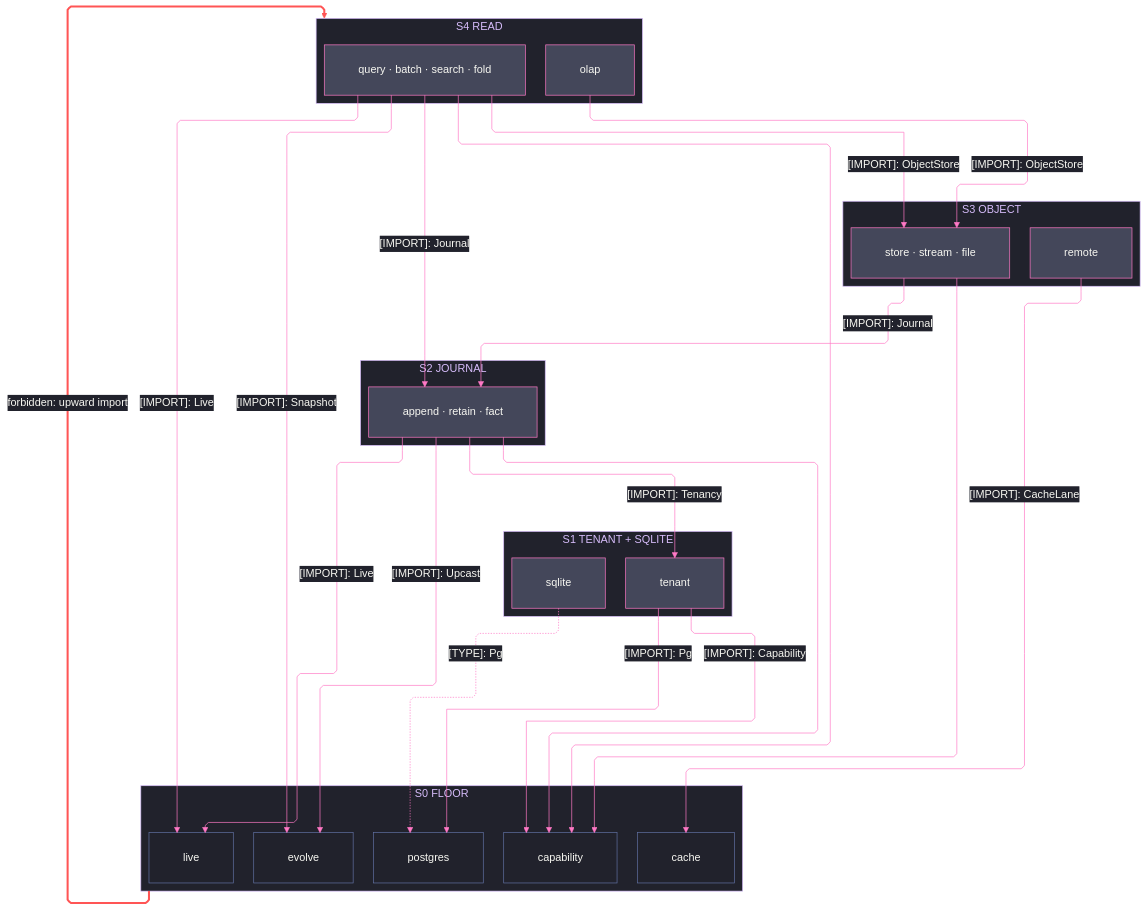
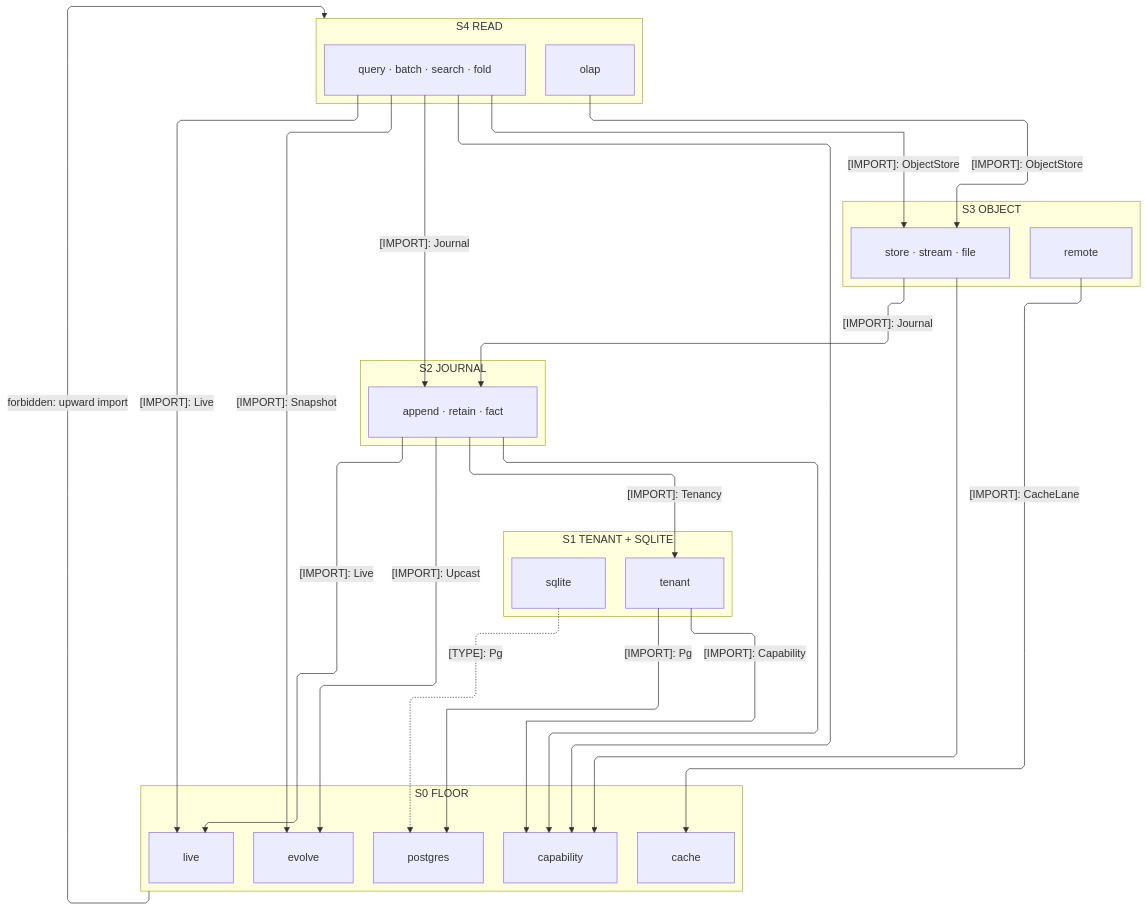
Before and after one commit to bsamiee/Rasm: the first of 2 diagrams in libs/typescript/data/ARCHITECTURE.md, drawn with Mermaid. The commit also changed other lines of this file and 460 other files, not shown here.

````diff
--- a/libs/typescript/data/ARCHITECTURE.md
+++ b/libs/typescript/data/ARCHITECTURE.md
@@ -43,78 +43,51 @@
 ```mermaid
 ---
 config:
-  theme: base
-  look: classic
   layout: elk
   flowchart:
     curve: linear
     padding: 25
-  themeVariables:
-    darkMode: true
-    fontFamily: "SF Mono, Menlo, Cascadia Mono, Segoe UI Mono, Consolas, monospace"
-    useGradient: false
-    dropShadow: "none"
-    background: "#282A36"
-    primaryColor: "#44475A"
-    primaryTextColor: "#F8F8F2"
-    primaryBorderColor: "#BD93F9"
-    lineColor: "#FF79C6"
-    textColor: "#F8F8F2"
-    clusterBkg: "#21222C"
-    clusterBorder: "#D6BCFA"
-    edgeLabelBackground: "#21222C"
-    labelBackgroundColor: "#21222C"
-    titleColor: "#D6BCFA"
-  themeCSS: ".nodeLabel{font-size:13px;font-weight:500}.edgeLabel{font-size:12px;font-weight:500}.cluster-label .nodeLabel{font-size:13.5px;font-weight:700;letter-spacing:.08em}.edge-thickness-normal{stroke-width:2px}.edge-thickness-thick{stroke-width:3px}.edge-pattern-dashed,.edge-pattern-dotted{stroke-width:1.5px;stroke-dasharray:4 6}.node rect,.node circle,.node polygon,.node path,.node .outer-path{stroke-width:1.5px;filter:none!important}.cluster rect{stroke-width:1px!important;stroke-dasharray:5 4!important;filter:none!important}.marker path{transform:scale(.8);transform-origin:5px 5px}.marker circle{transform:scale(.48);transform-origin:5px 5px}.edgeLabel rect{transform-box:fill-box;transform-origin:center;transform:scale(1.1,1.2)}"
 ---
 flowchart TB
     accTitle: Data interior import strata
-    accDescr: Five interior waves — read and olap over object over journal over the tenant write path onto a five-mint floor — every import downward, labeled edges naming one sourced type each, remote alone reaching the cache lane, sqlite holding a dashed type-only Pg read beside the tenant write path, and one forbidden upward edge styled red.
+    accDescr: Five interior waves — read and olap over object over journal over the tenant write path onto the mint floor — every import downward, labeled edges naming one sourced type each, remote alone reaching the cache lane, sqlite holding a dashed type-only Pg read beside the tenant write path, and one forbidden upward edge styled red.
     subgraph S4["S4 READ"]
         Olap[olap]
         Read["query · batch · search · fold"]
     end
     subgraph S3["S3 OBJECT"]
         Object["store · stream · file"]
         Remote[remote]
     end
     subgraph S2["S2 JOURNAL"]
         Journal["append · retain · fact"]
     end
     subgraph S1["S1 TENANT + SQLITE"]
         Tenant[tenant]
         Sqlite[sqlite]
     end
     subgraph S0["S0 FLOOR"]
         Postgres[postgres]
         Capability[capability]
         Evolve[evolve]
         Live[live]
         Cache[cache]
     end
     Tenant e1@-->|"[IMPORT]: Capability"| Capability
     Tenant e2@-->|"[IMPORT]: Pg"| Postgres
     Journal e3@-->|"[IMPORT]: Tenancy"| Tenant
     Journal e4@-->|"[IMPORT]: Upcast"| Evolve
     Journal e5@-->|"[IMPORT]: Live"| Live
     Journal e6@--> Capability
     Object e7@-->|"[IMPORT]: Journal"| Journal
     Remote e8@-->|"[IMPORT]: CacheLane"| Cache
     Object e9@--> Capability
     Read e10@-->|"[IMPORT]: ObjectStore"| Object
     Read e11@-->|"[IMPORT]: Journal"| Journal
     Read e12@-->|"[IMPORT]: Live"| Live
     Read e13@--> Capability
     Read e14@-->|"[IMPORT]: Snapshot"| Evolve
     Olap e15@-->|"[IMPORT]: ObjectStore"| Object
     Sqlite e16@-.->|"[TYPE]: Pg"| Postgres
     S0 f1@-->|"forbidden: upward import"| S4
-    classDef primary fill:#44475A,stroke:#FF79C6,color:#F8F8F2
-    classDef recessed fill:#21222C,stroke:#6272A4,color:#F8F8F2
-    classDef edgeControl stroke:#FF79C6,color:#F8F8F2
-    classDef edgeError stroke:#FF5555,stroke-width:3px,color:#F8F8F2
-    class Read,Olap,Object,Remote,Journal,Tenant,Sqlite primary
-    class Postgres,Capability,Cache,Evolve,Live recessed
-    class e1,e2,e3,e4,e5,e6,e7,e8,e9,e10,e11,e12,e13,e14,e15,e16 edgeControl
-    class f1 edgeError
 ```
````
